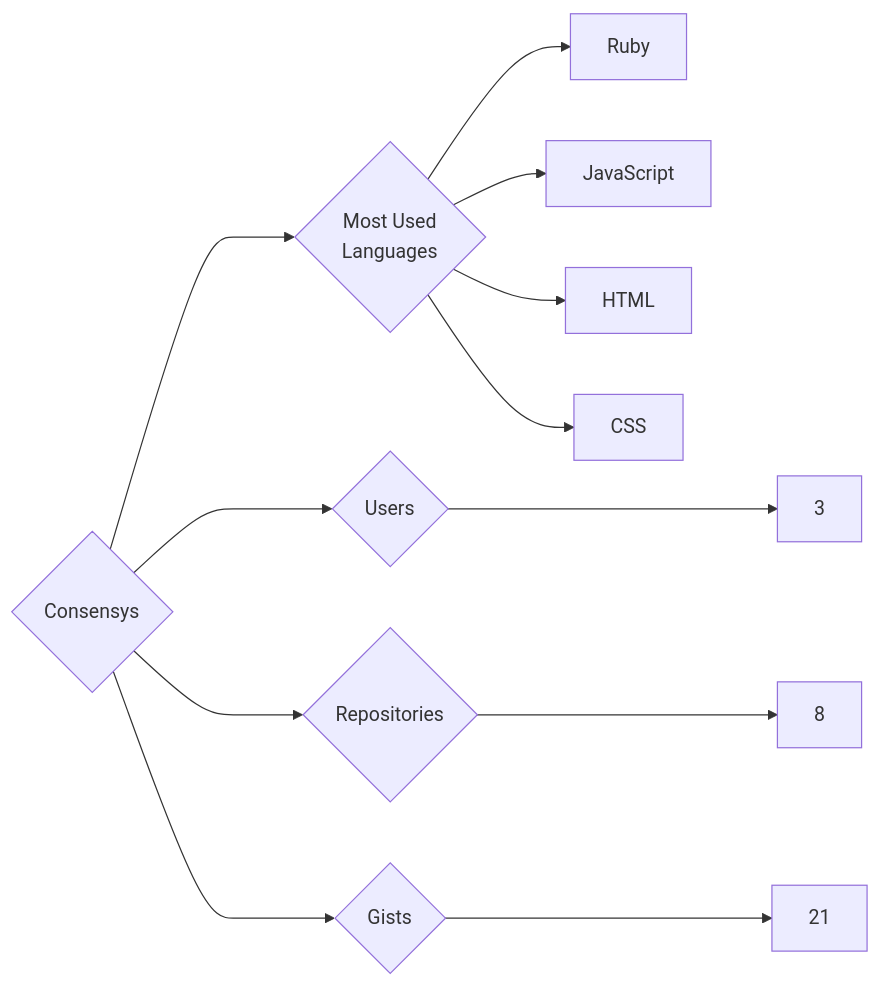
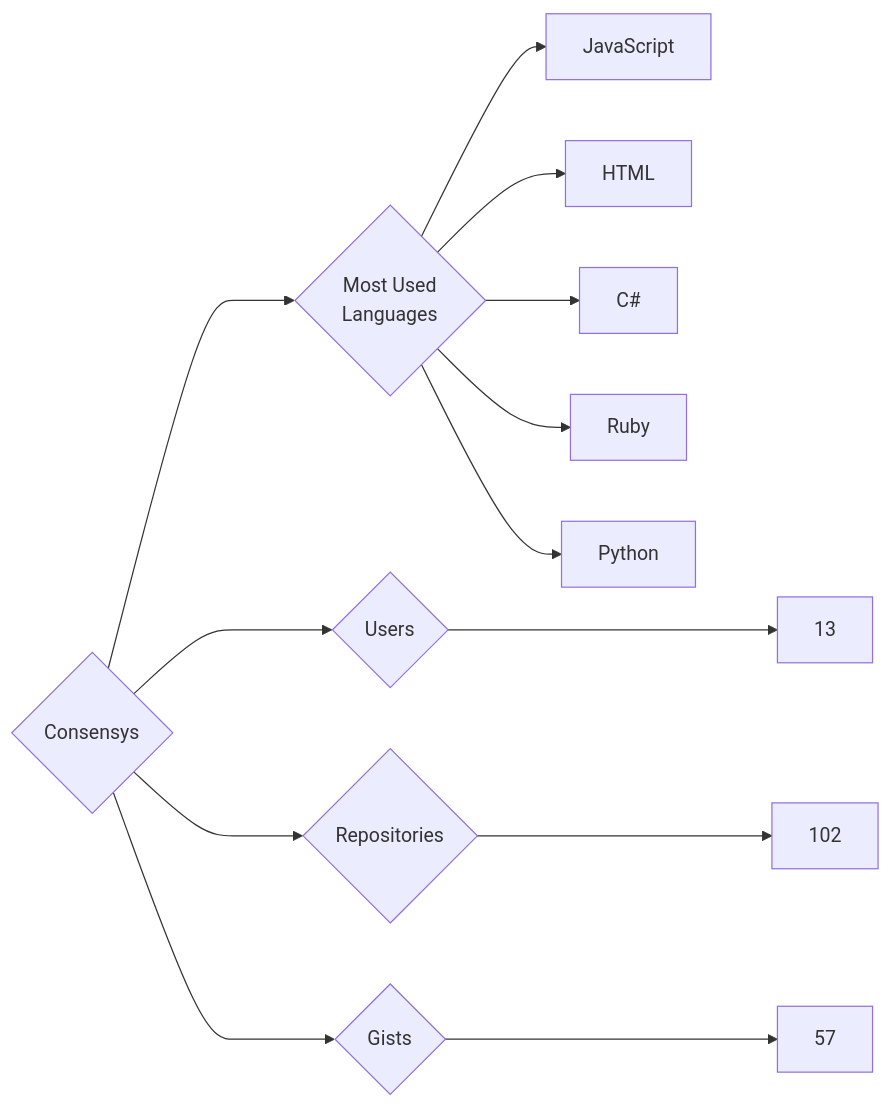
The diagram in targets/Consensys/README.md (trickest/insiders), drawn with Mermaid before and after one commit. The commit also changed 859 other files, not shown here.

````diff
--- a/targets/Consensys/README.md
+++ b/targets/Consensys/README.md
@@ -3,12 +3,13 @@
 ```mermaid
 graph LR
 COMPANY_NAME{Consensys}
-COMPANY_NAME ---> U{Users} ---> UN[3]
-COMPANY_NAME ---> R{Repositories} ---> RN[8]
-COMPANY_NAME ---> G{Gists} ---> GN[21]
+COMPANY_NAME ---> U{Users} ---> UN[13]
+COMPANY_NAME ---> R{Repositories} ---> RN[102]
+COMPANY_NAME ---> G{Gists} ---> GN[57]
 COMPANY_NAME ---> ML{Most Used<br>Languages}
-ML --> Ruby[Ruby]
 ML --> JavaScript[JavaScript]
 ML --> HTML[HTML]
-ML --> CSS[CSS]
+ML --> C#[C#]
+ML --> Ruby[Ruby]
+ML --> Python[Python]
 ```
````
